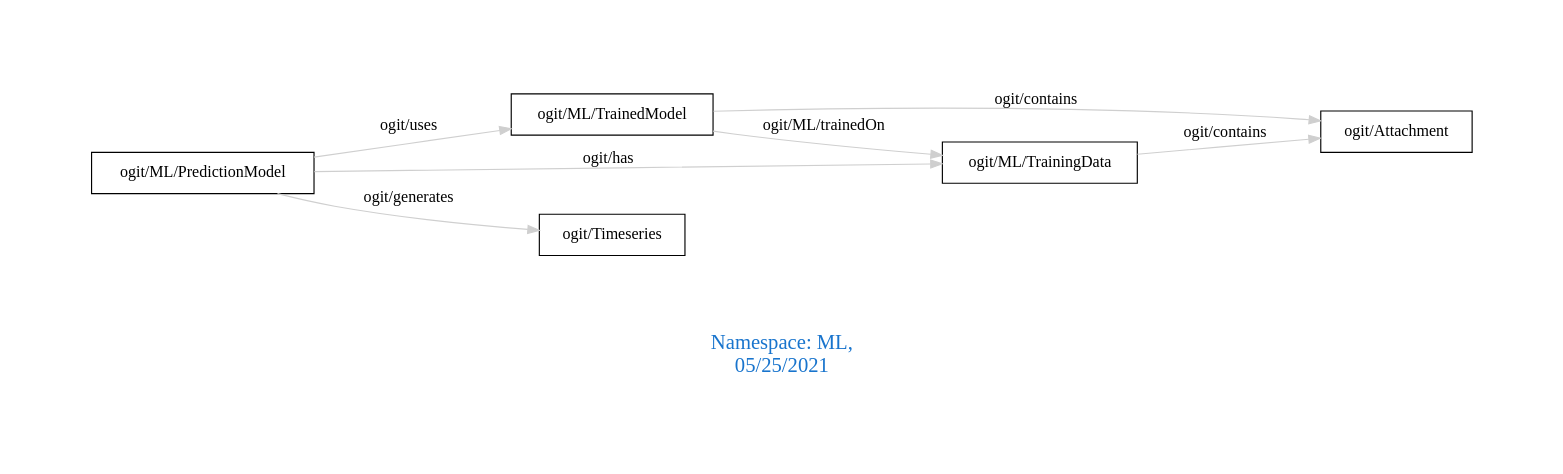
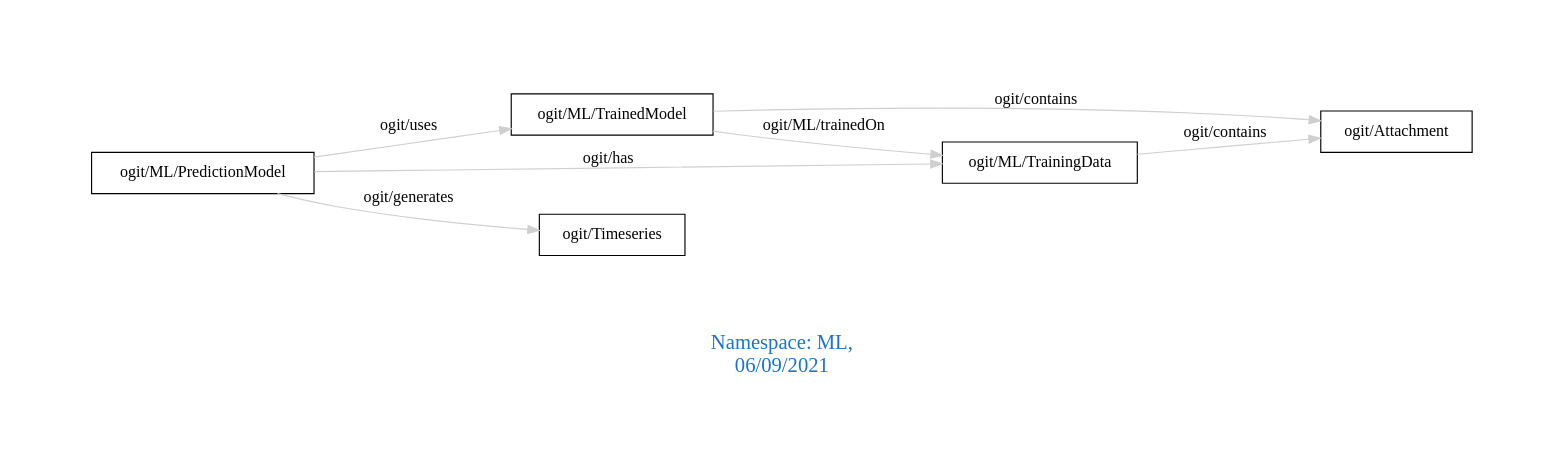
The diagram in downloads/ML.dot (arago/OGIT), drawn with Graphviz before and after one commit. The commit also changed 1909 other files, not shown here.

```diff
--- a/downloads/ML.dot
+++ b/downloads/ML.dot
@@ -1,14 +1,14 @@
 digraph OGIT_ontology {
  graph [ rankdir= LR,pad=1 
 fontsize = 18,
-fontcolor= dodgerblue3,label = "\n\n\nNamespace: ML, \n 05/25/2021"];
+fontcolor= dodgerblue3,label = "\n\n\nNamespace: ML, \n 06/09/2021"];
 node[shape=polygon];
 edge [  color="gray81"];
 
    "ogit/ML/TrainedModel" -> "ogit/Attachment" [label="   ogit/contains    "];
    "ogit/ML/TrainingData" -> "ogit/Attachment" [label="   ogit/contains    "];
    "ogit/ML/PredictionModel" -> "ogit/Timeseries" [label="   ogit/generates    "];
    "ogit/ML/TrainedModel" -> "ogit/ML/TrainingData" [label="   ogit/ML/trainedOn    "];
    "ogit/ML/PredictionModel" -> "ogit/ML/TrainedModel" [label="   ogit/uses    "];
    "ogit/ML/PredictionModel" -> "ogit/ML/TrainingData" [label="   ogit/has    "];
 }
```
